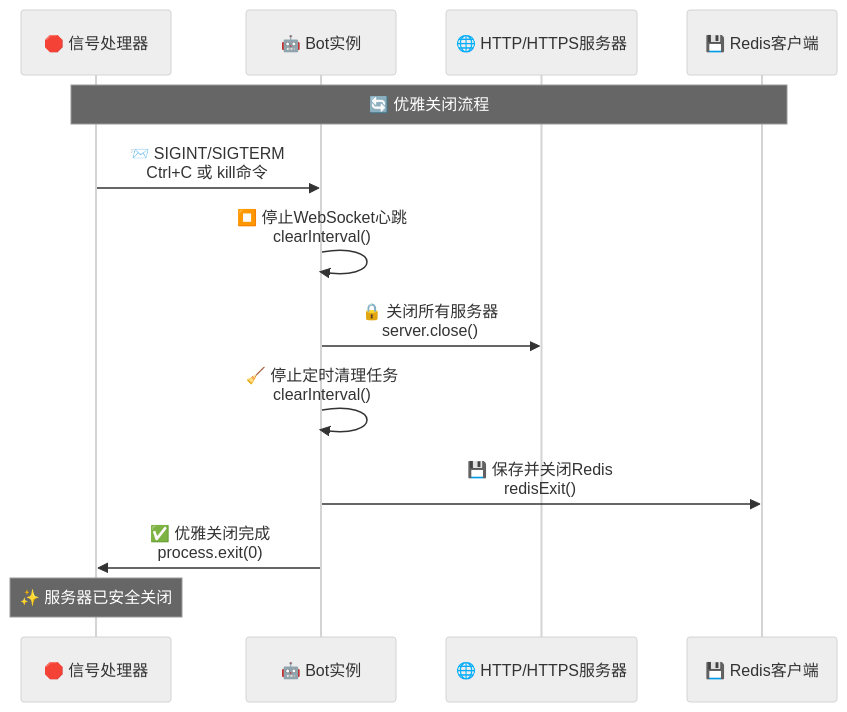
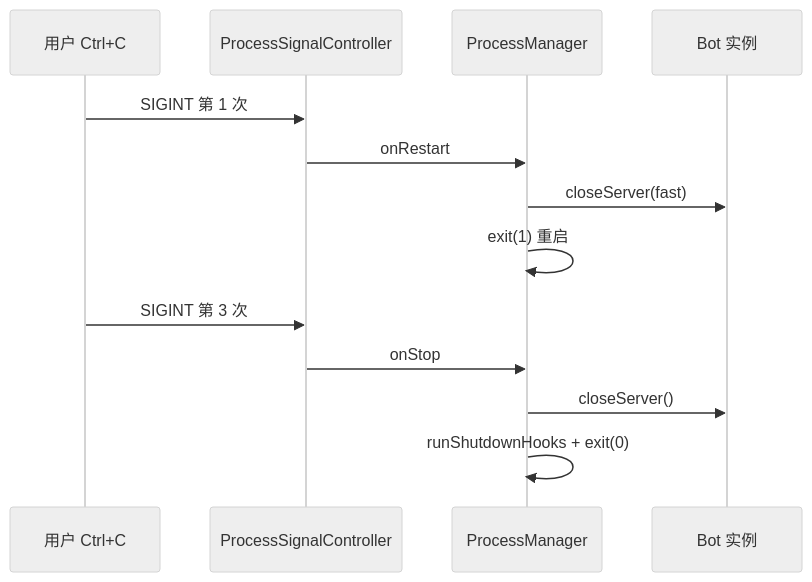
One commit to sunflowermm/XRK-AGT changed the third of 11 diagrams in docs/bot.md. Above: the diagram before and after it, drawn with Mermaid (neutral theme). The commit also changed other lines of this file and 84 other files, not shown here.

````diff
--- a/docs/bot.md
+++ b/docs/bot.md
@@ -147,18 +163,17 @@
 ```mermaid
 sequenceDiagram
-    participant Signal as 🛑 信号处理器
-    participant Bot as 🤖 Bot实例
-    participant Server as 🌐 HTTP/HTTPS服务器
-    participant Redis as 💾 Redis客户端
-    
-    Note over Signal,Redis: 🔄 优雅关闭流程
-    
-    Signal->>Bot: 📨 SIGINT/SIGTERM<br/>Ctrl+C 或 kill命令
-    Bot->>Bot: ⏹️ 停止WebSocket心跳<br/>clearInterval()
-    Bot->>Server: 🔒 关闭所有服务器<br/>server.close()
-    Bot->>Bot: 🧹 停止定时清理任务<br/>clearInterval()
-    Bot->>Redis: 💾 保存并关闭Redis<br/>redisExit()
-    Bot->>Signal: ✅ 优雅关闭完成<br/>process.exit(0)
-    
-    Note over Signal: ✨ 服务器已安全关闭
+    participant User as 用户 Ctrl+C
+    participant PSC as ProcessSignalController
+    participant PM as ProcessManager
+    participant Bot as Bot 实例
+
+    User->>PSC: SIGINT 第 1 次
+    PSC->>PM: onRestart
+    PM->>Bot: closeServer(fast)
+    PM->>PM: exit(1) 重启
+
+    User->>PSC: SIGINT 第 3 次
+    PSC->>PM: onStop
+    PM->>Bot: closeServer()
+    PM->>PM: runShutdownHooks + exit(0)
 ```
````
